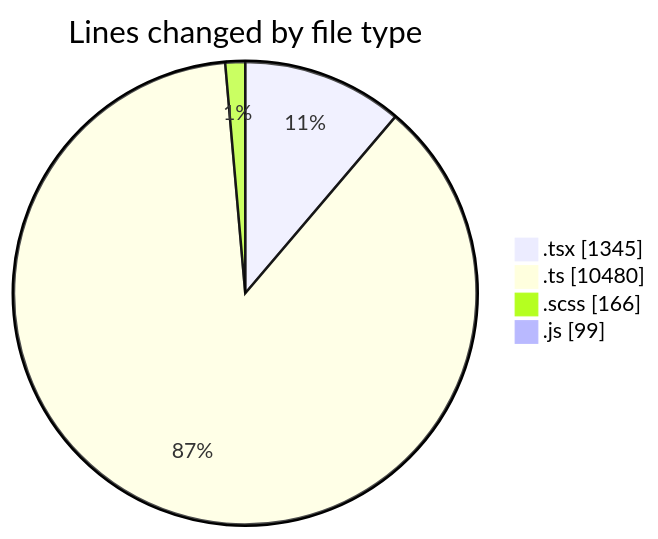
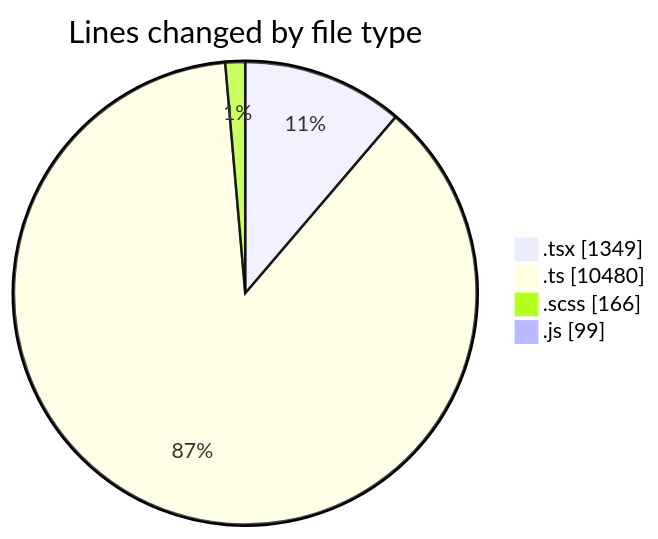
One commit to momahboobian/code-tracking changed the first of 2 diagrams in 2025-03-26/cda/README.md. Above: the diagram before and after it, drawn with Mermaid. The commit also changed other lines of this file and 1 other file, not shown here.

````diff
--- a/2025-03-26/cda/README.md
+++ b/2025-03-26/cda/README.md
@@ -43,8 +43,8 @@
 ```mermaid
 pie showData
 title Lines changed by file type
-".tsx" : 1345
+".tsx" : 1349
 ".ts" : 10480
 ".scss" : 166
 ".js" : 99
 ```
````
